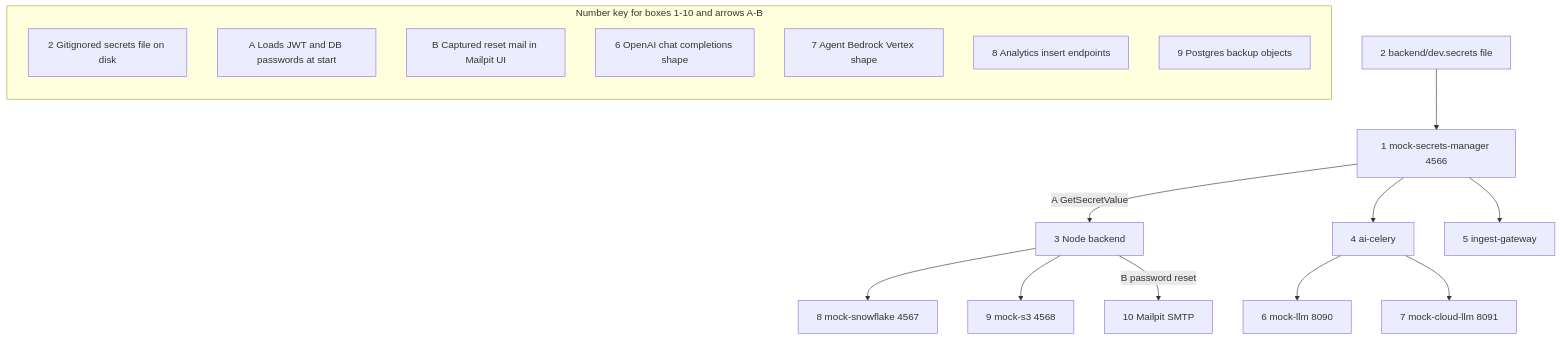
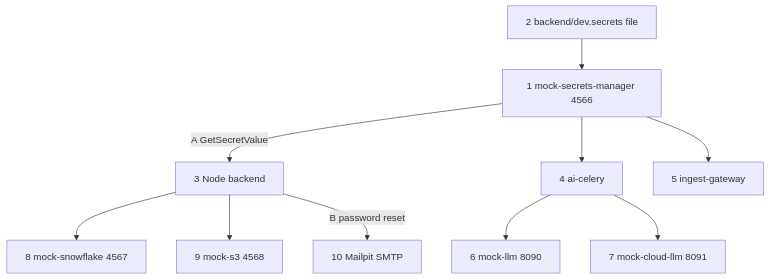
Before and after one commit to OferElboher/suspicious-email-triage: the seventh of 9 diagrams in docs/arch_guide_system_flowchart.md, drawn with Mermaid. The commit also changed other lines of this file and 9 other files, not shown here.

First line of the commit message:
Restore overall flowchart and move legends to prose lists below charts.

````diff
--- a/docs/arch_guide_system_flowchart.md
+++ b/docs/arch_guide_system_flowchart.md
@@ -290,34 +405,23 @@
 ```mermaid
 flowchart TB
   SEC["1 mock-secrets-manager 4566"]
   DEV["2 backend/dev.secrets file"]
   N["3 Node backend"]
   PY["4 ai-celery"]
   GW["5 ingest-gateway"]
   MLLM["6 mock-llm 8090"]
   MCL["7 mock-cloud-llm 8091"]
   MSF["8 mock-snowflake 4567"]
   MS3["9 mock-s3 4568"]
   MP["10 Mailpit SMTP"]
 
   DEV --> SEC
   SEC -->|"A GetSecretValue"| N
   SEC --> PY
   SEC --> GW
   PY --> MLLM
   PY --> MCL
   N --> MSF
   N --> MS3
   N -->|"B password reset"| MP
-
-  subgraph legend6 [Number key for boxes 1-10 and arrows A-B]
-    direction TB
-    L2b["2 Gitignored secrets file on disk"]
-    LA["A Loads JWT and DB passwords at start"]
-    LB["B Captured reset mail in Mailpit UI"]
-    L6b["6 OpenAI chat completions shape"]
-    L7b["7 Agent Bedrock Vertex shape"]
-    L8b["8 Analytics insert endpoints"]
-    L9b["9 Postgres backup objects"]
-  end
 ```
````
